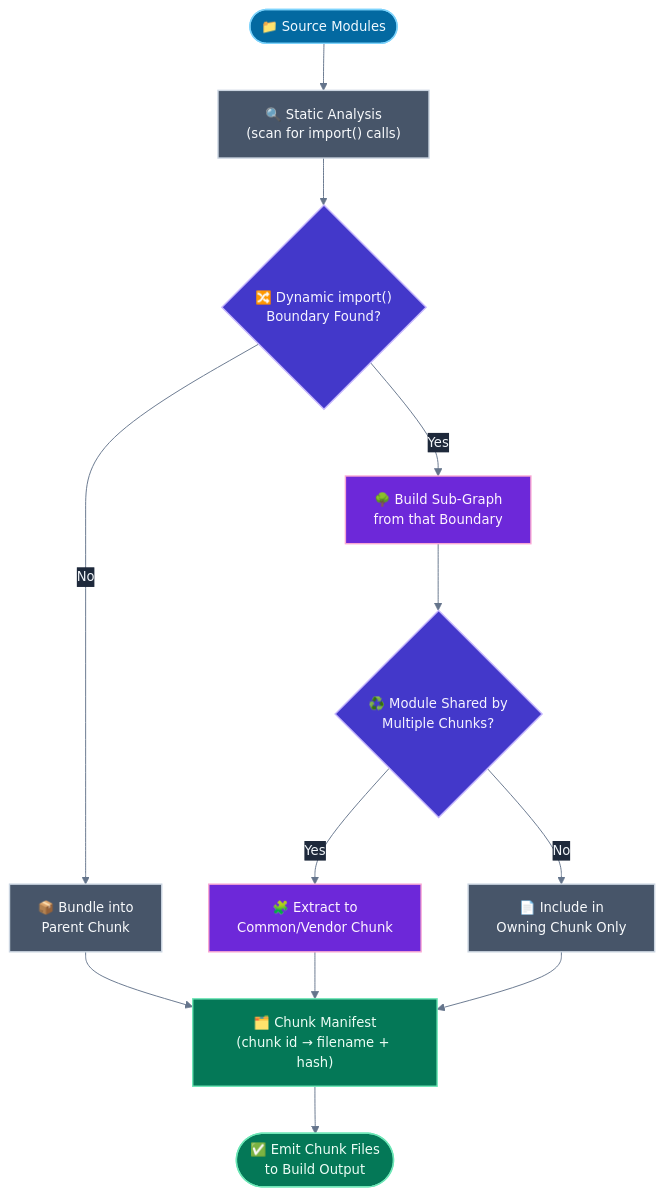
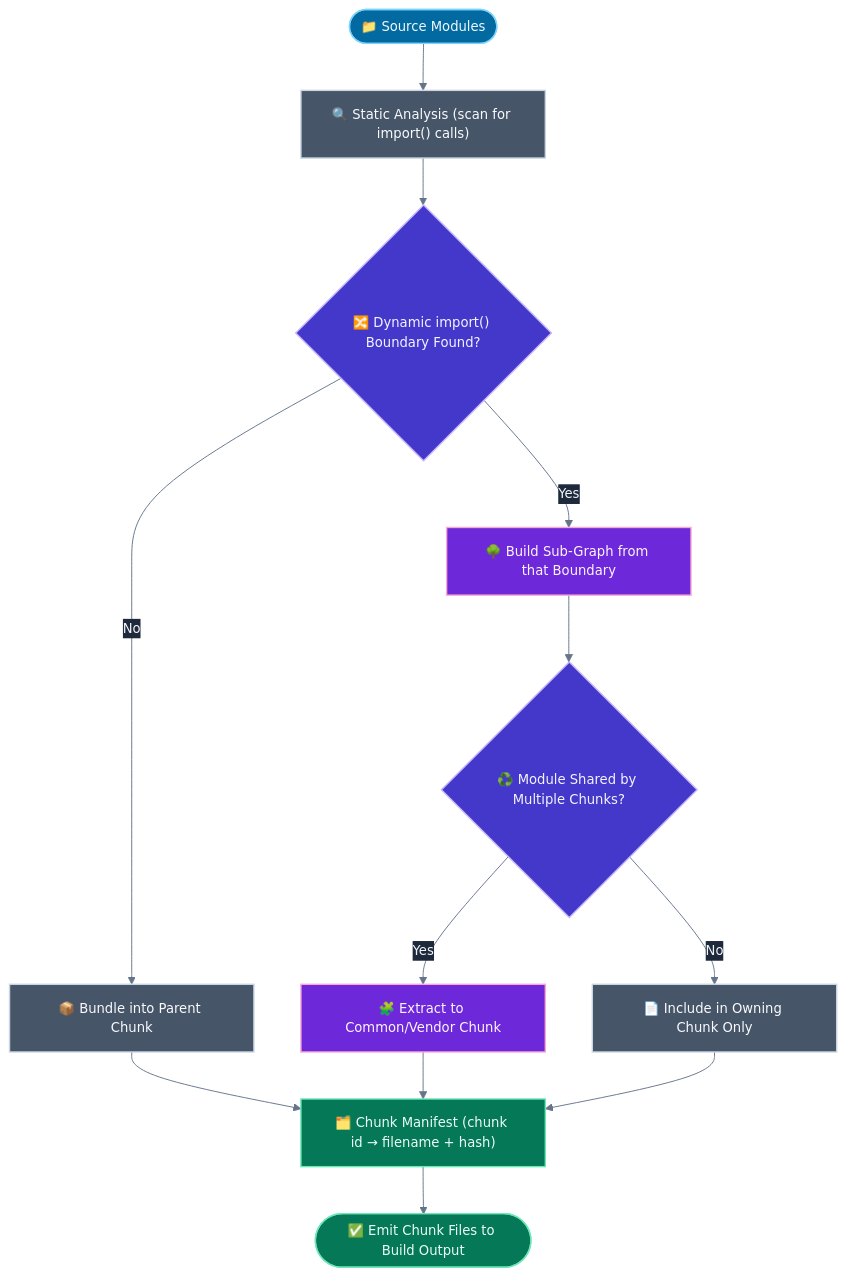
Before and after one commit to vinayakhumberi/litmus: the first of 2 diagrams in data/topics/code-splitting.md, drawn with Mermaid. The commit also changed 68 other files, not shown here.

````diff
--- a/data/topics/code-splitting.md
+++ b/data/topics/code-splitting.md
@@ -113,31 +113,31 @@
 ```mermaid
 %%{init: {"theme": "base", "themeVariables": {"background":"transparent","primaryColor":"#334155","primaryTextColor":"#f1f5f9","primaryBorderColor":"#64748b","lineColor":"#64748b","edgeLabelBackground":"#1e293b","textColor":"#f1f5f9","fontFamily":"\"Plus Jakarta Sans\", sans-serif","fontSize":"14px"}}}%%
 flowchart TD
-    A(["📁 Source Modules"]) --> B["🔍 Static Analysis<br>(scan for import() calls)"]
+    A(["📁 Source Modules"]) --> B["🔍 Static Analysis (scan for import() calls)"]
 
-    B --> C{"🔀 Dynamic import()<br>Boundary Found?"}
-    C -- "No" --> D["📦 Bundle into<br>Parent Chunk"]
-    C -- "Yes" --> E["🌳 Build Sub-Graph<br>from that Boundary"]
+    B --> C{"🔀 Dynamic import() Boundary Found?"}
+    C -- "No" --> D["📦 Bundle into Parent Chunk"]
+    C -- "Yes" --> E["🌳 Build Sub-Graph from that Boundary"]
 
-    E --> F{"♻️ Module Shared by<br>Multiple Chunks?"}
-    F -- "Yes" --> G["🧩 Extract to<br>Common/Vendor Chunk"]
-    F -- "No" --> H["📄 Include in<br>Owning Chunk Only"]
+    E --> F{"♻️ Module Shared by Multiple Chunks?"}
+    F -- "Yes" --> G["🧩 Extract to Common/Vendor Chunk"]
+    F -- "No" --> H["📄 Include in Owning Chunk Only"]
 
-    D --> I["🗂️ Chunk Manifest<br>(chunk id → filename + hash)"]
+    D --> I["🗂️ Chunk Manifest (chunk id → filename + hash)"]
     G --> I
     H --> I
 
-    I --> J(["✅ Emit Chunk Files<br>to Build Output"])
+    I --> J(["✅ Emit Chunk Files to Build Output"])
 
     classDef sourceStage fill:#0369a1,stroke:#7dd3fc,color:#f0f9ff,stroke-width:1.5px;
     classDef analyzeStage fill:#475569,stroke:#cbd5e1,color:#f8fafc,stroke-width:1.5px;
     classDef decisionStage fill:#4338ca,stroke:#c4b5fd,color:#f5f3ff,stroke-width:1.5px;
     classDef chunkStage fill:#6d28d9,stroke:#f9a8d4,color:#fdf4ff,stroke-width:1.5px;
     classDef outputStage fill:#047857,stroke:#6ee7b7,color:#ecfdf5,stroke-width:1.5px;
 
     class A sourceStage;
     class B,D,H analyzeStage;
     class C,F decisionStage;
     class E,G chunkStage;
     class I,J outputStage;
 ```
````
